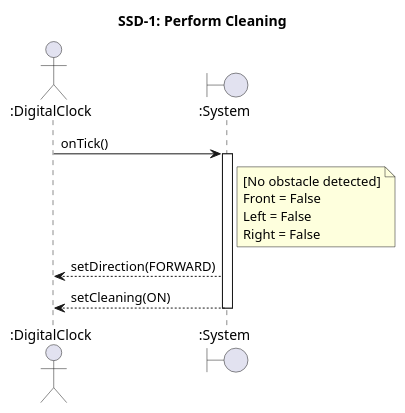
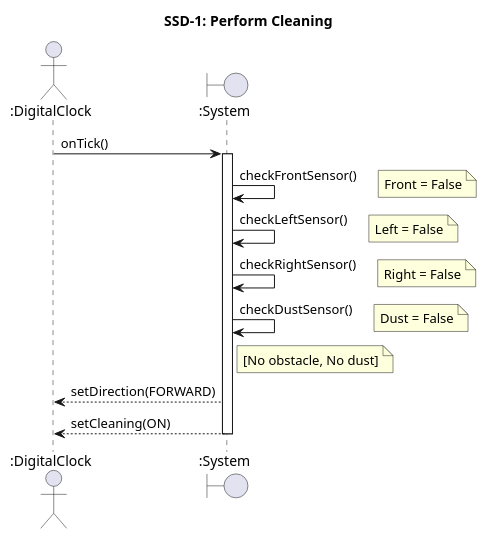
One commit to OOP-konkuk/CICD-Team7 changed the first of 4 diagrams in docs/vibe-coding/02-ooa/ssd.mdx. Above: the diagram before and after it, drawn with PlantUML. The commit also changed 4 other files, not shown here.

````diff
--- a/docs/vibe-coding/02-ooa/ssd.mdx
+++ b/docs/vibe-coding/02-ooa/ssd.mdx
@@ -34,20 +34,25 @@
 ```plantuml
 @startuml SSD1_PerformCleaning
 title SSD-1: Perform Cleaning
 
 actor ":DigitalClock" as Clock
 boundary ":System" as Sys
 
 Clock -> Sys : onTick()
 activate Sys
+Sys -> Sys : checkFrontSensor()
+note right : Front = False
+Sys -> Sys : checkLeftSensor()
+note right : Left = False
+Sys -> Sys : checkRightSensor()
+note right : Right = False
+Sys -> Sys : checkDustSensor()
+note right : Dust = False
 note right of Sys
-  [No obstacle detected]
-  Front = False
-  Left = False
-  Right = False
+  [No obstacle, No dust]
 end note
 Sys --> Clock : setDirection(FORWARD)
 Sys --> Clock : setCleaning(ON)
 deactivate Sys
 @enduml
 ```
````
